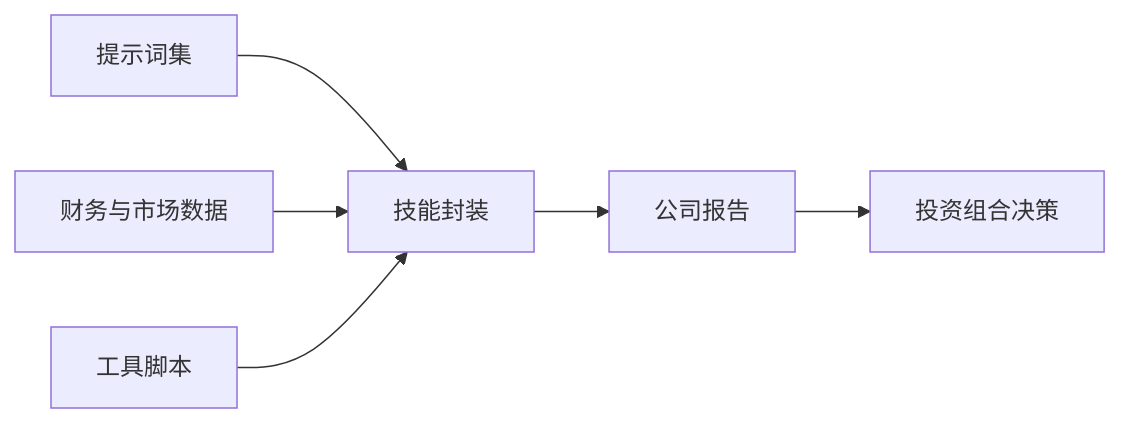
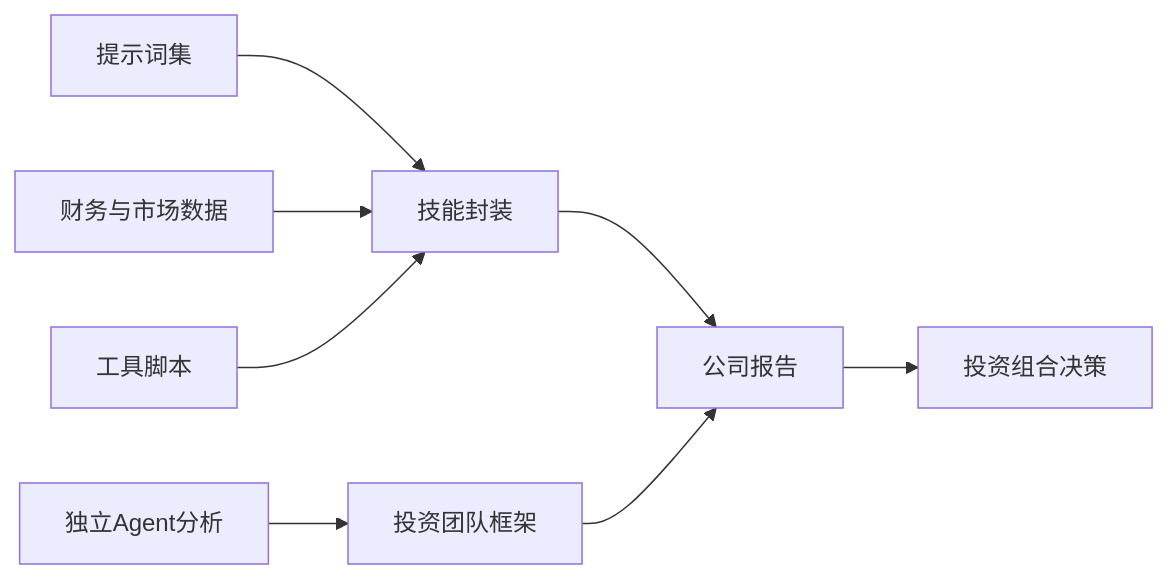
The fourth of 4 diagrams in .qoder/repowiki/zh/content/投资方法论/四大师分析法详解.md (Ted-Engineer/ai-berkshire), drawn with Mermaid before and after one commit. The commit also changed other lines of this file and 76 other files, not shown here.

````diff
--- a/.qoder/repowiki/zh/content/投资方法论/四大师分析法详解.md
+++ b/.qoder/repowiki/zh/content/投资方法论/四大师分析法详解.md
@@ -293,8 +389,10 @@
 ```mermaid
 graph LR
 Prompts["提示词集"] --> Skills["技能封装"]
 Skills --> Reports["公司报告"]
 Data["财务与市场数据"] --> Skills
 Tools["工具脚本"] --> Skills
 Reports --> Portfolio["投资组合决策"]
+Agents["独立Agent分析"] --> TeamFramework["投资团队框架"]
+TeamFramework --> Reports
 ```
````
